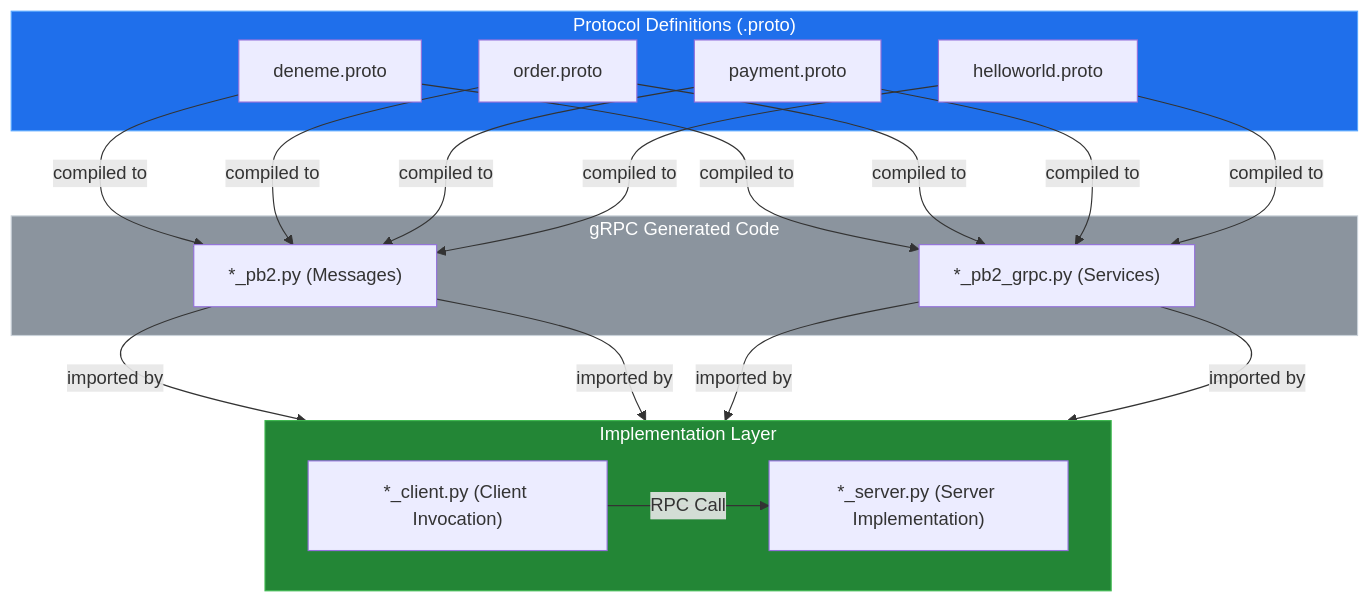
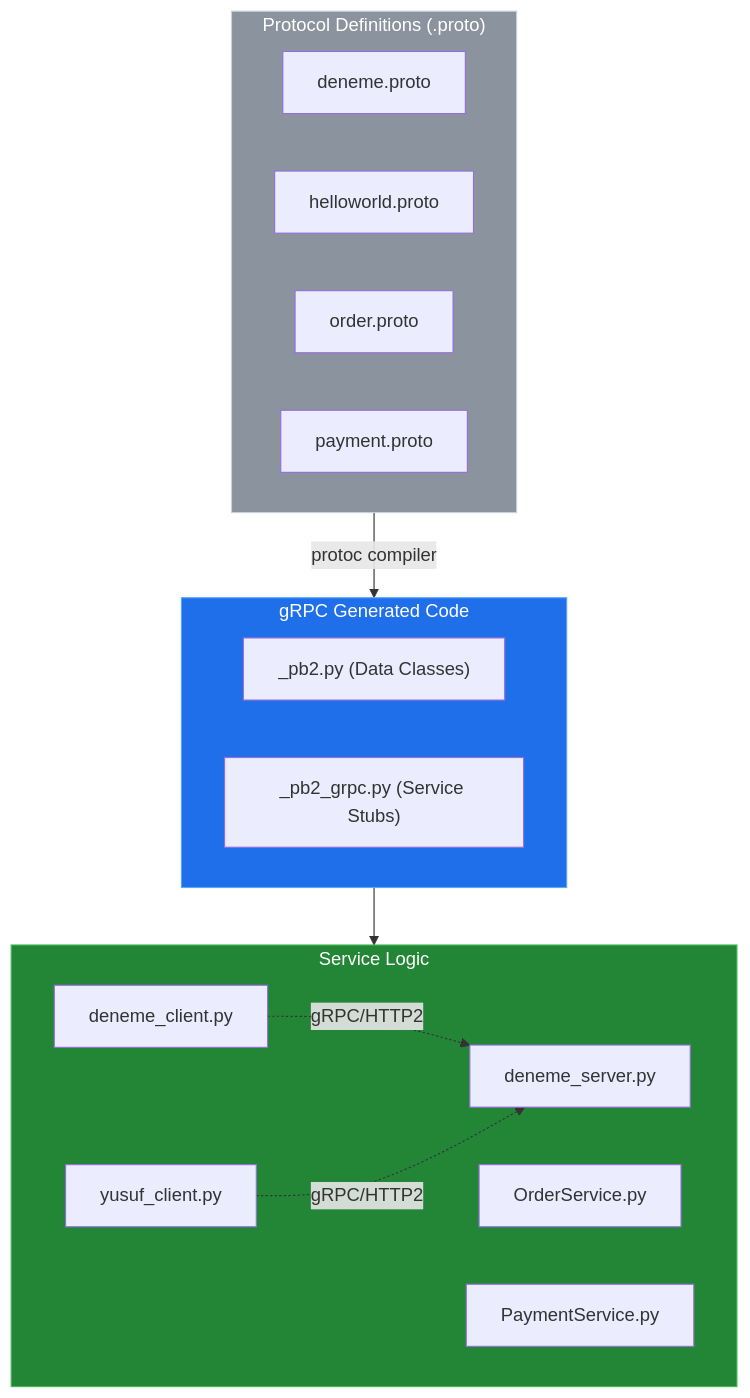
One commit to YusuffBulbul/GRPC_calisma changed the first of 2 diagrams in README_ARCH.md. Above: the diagram before and after it, drawn with Mermaid. The commit also changed other lines of this file, not shown here.

Commit message:
docs: update system blueprint (2026-09-07)

````diff
--- a/README_ARCH.md
+++ b/README_ARCH.md
@@ -20,29 +19,33 @@
 ```mermaid
 flowchart TD
-    subgraph PROTOS["Protocol Definitions (.proto)"]
+    subgraph Protobuf ["Protocol Definitions (.proto)"]
         P1["deneme.proto"]
-        P2["order.proto"]
-        P3["payment.proto"]
-        P4["helloworld.proto"]
+        P2["helloworld.proto"]
+        P3["order.proto"]
+        P4["payment.proto"]
     end
 
-    subgraph GENERATED["gRPC Generated Code"]
-        G1["*_pb2.py (Messages)"]
-        G2["*_pb2_grpc.py (Services)"]
+    subgraph Generated ["gRPC Generated Code"]
+        G1["_pb2.py (Data Classes)"]
+        G2["_pb2_grpc.py (Service Stubs)"]
     end
 
-    subgraph LOGIC["Implementation Layer"]
+    subgraph Implementation ["Service Logic"]
         direction LR
-        S1["*_server.py (Server Implementation)"]
-        C1["*_client.py (Client Invocation)"]
+        S1["deneme_server.py"]
+        S2["OrderService.py"]
+        S3["PaymentService.py"]
+        C1["deneme_client.py"]
+        C2["yusuf_client.py"]
     end
 
-    P1 & P2 & P3 & P4 -->|"compiled to"| G1 & G2
-    G1 & G2 -->|"imported by"| S1 & C1
-    C1 -->|"RPC Call"| S1
+    Protobuf -->|"protoc compiler"| Generated
+    Generated --> Implementation
+    C1 -.->|"gRPC/HTTP2"| S1
+    C2 -.->|"gRPC/HTTP2"| S1
 
-    style PROTOS fill:#1f6feb,stroke:#58a6ff,color:#fff
-    style GENERATED fill:#8b949e,stroke:#c9d1d9,color:#fff
-    style LOGIC fill:#238636,stroke:#3fb950,color:#fff
+    style Protobuf fill:#8b949e,stroke:#c9d1d9,color:#fff
+    style Generated fill:#1f6feb,stroke:#58a6ff,color:#fff
+    style Implementation fill:#238636,stroke:#3fb950,color:#fff
 
 ```
````
